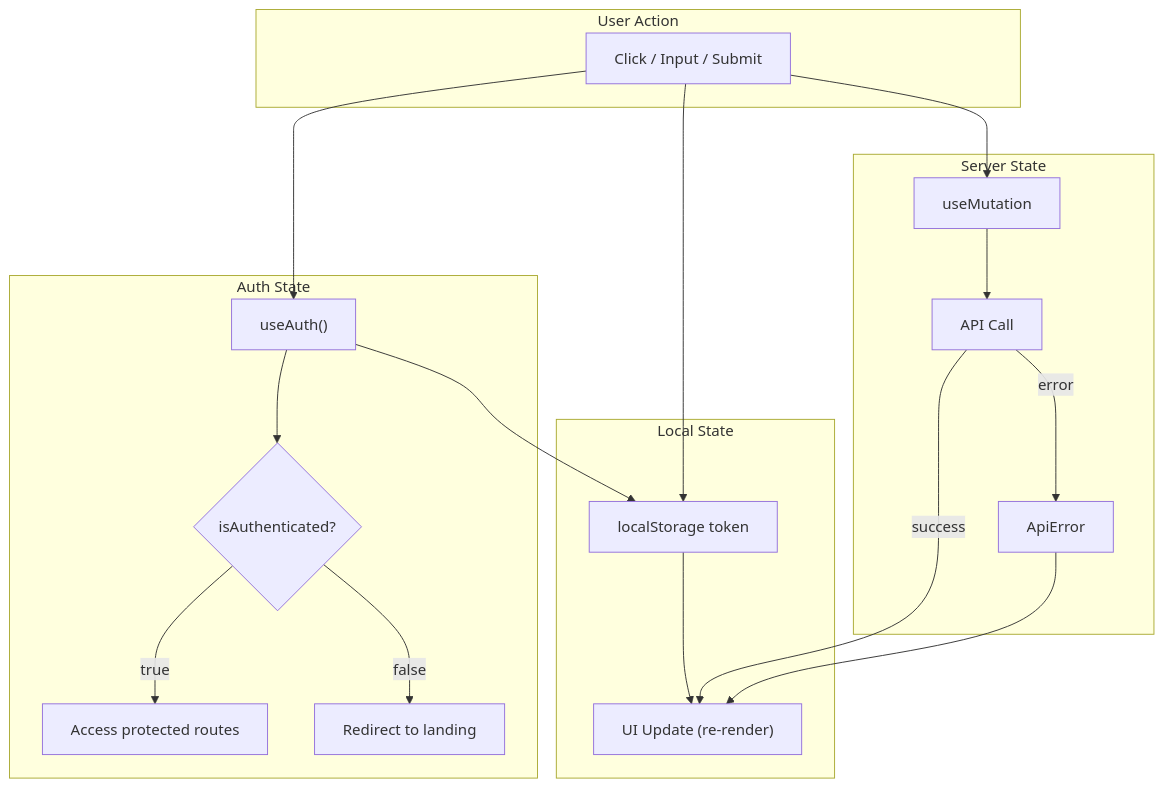
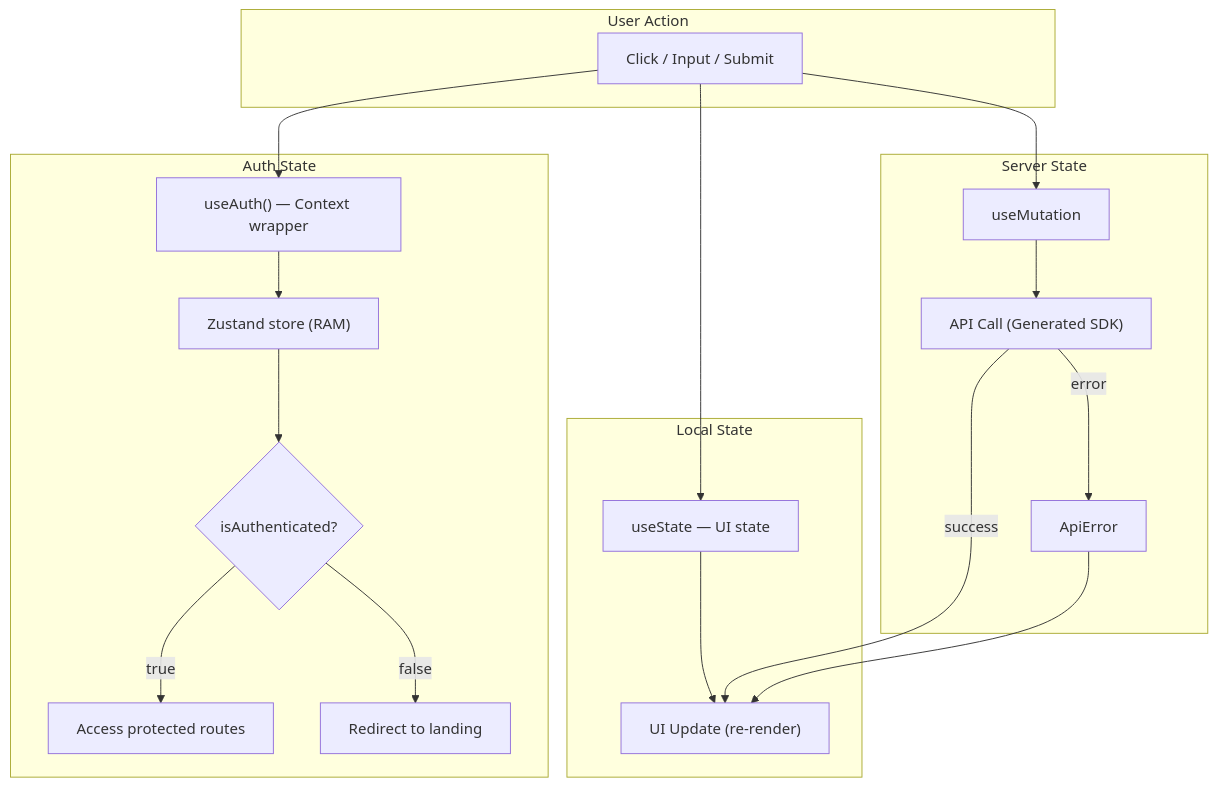
The diagram in docs/architecture/STATE_MANAGEMENT.md (TNP-Travel-Now-Project/tnp-ui-web), drawn with Mermaid before and after one commit. The commit also changed other lines of this file and 11 other files, not shown here.

````diff
--- a/docs/architecture/STATE_MANAGEMENT.md
+++ b/docs/architecture/STATE_MANAGEMENT.md
@@ -137,31 +150,31 @@
 ```mermaid
 graph TD
     subgraph "User Action"
         UA["Click / Input / Submit"]
     end
     
     subgraph "Local State"
         LS["useState — UI state"]
         LS --> UI["UI Update (re-render)"]
     end
     
     subgraph "Auth State"
-        AS["useAuth()"]
-        AS --> AT{isAuthenticated?}
+        AS["useAuth() — Context wrapper"]
+        AS --> ZS["Zustand store (RAM)"]
+        ZS --> AT{isAuthenticated?}
         AT -->|true| AP["Access protected routes"]
         AT -->|false| AL["Redirect to landing"]
-        AS --> LS["localStorage token"]
     end
     
     subgraph "Server State"
         MUT["useMutation"]
-        MUT --> API["API Call"]
+        MUT --> API["API Call (Generated SDK)"]
         API -->|success| UI
         API -->|error| ERR["ApiError"]
         ERR --> UI
     end
     
     UA --> LS
     UA --> MUT
     UA --> AS
 ```
````
